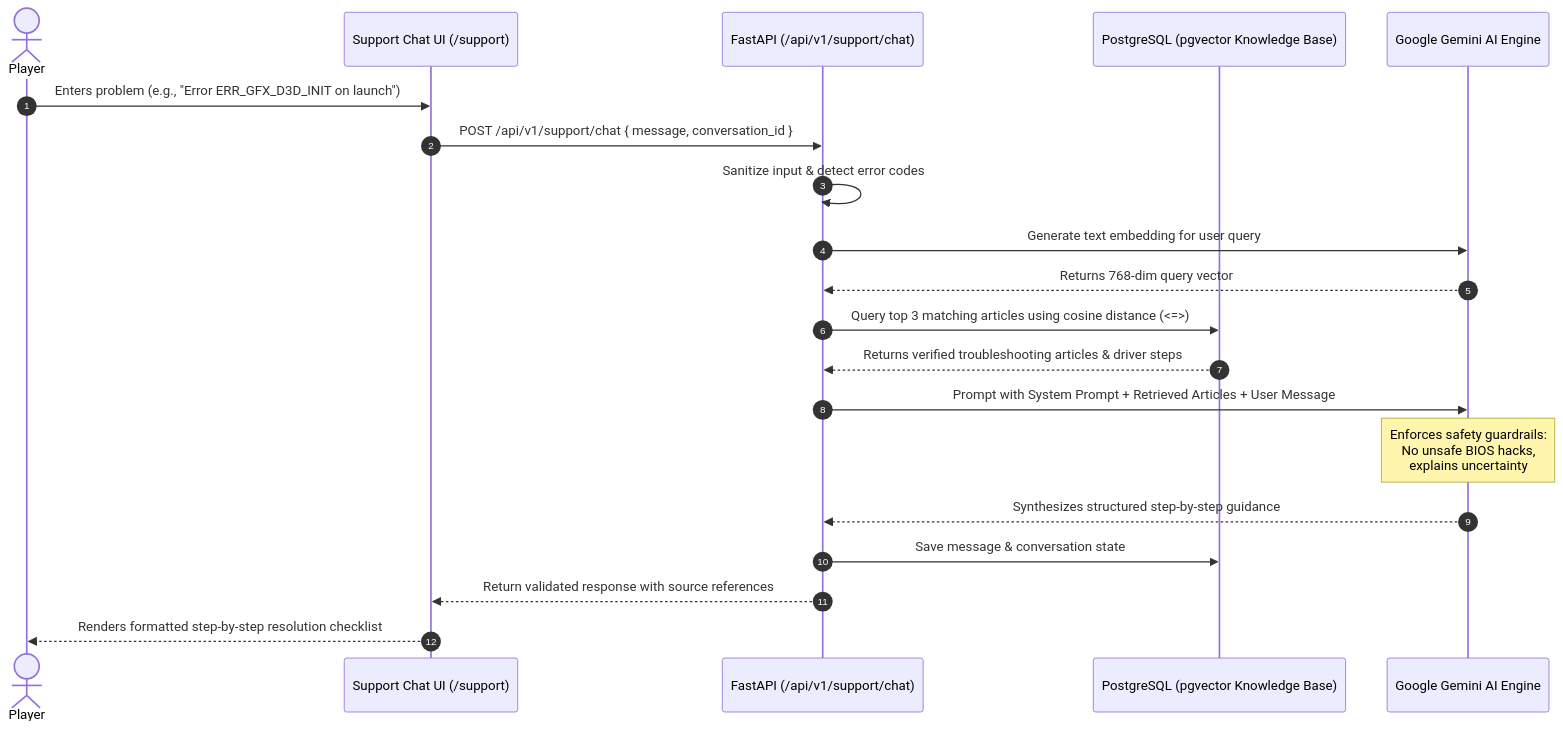
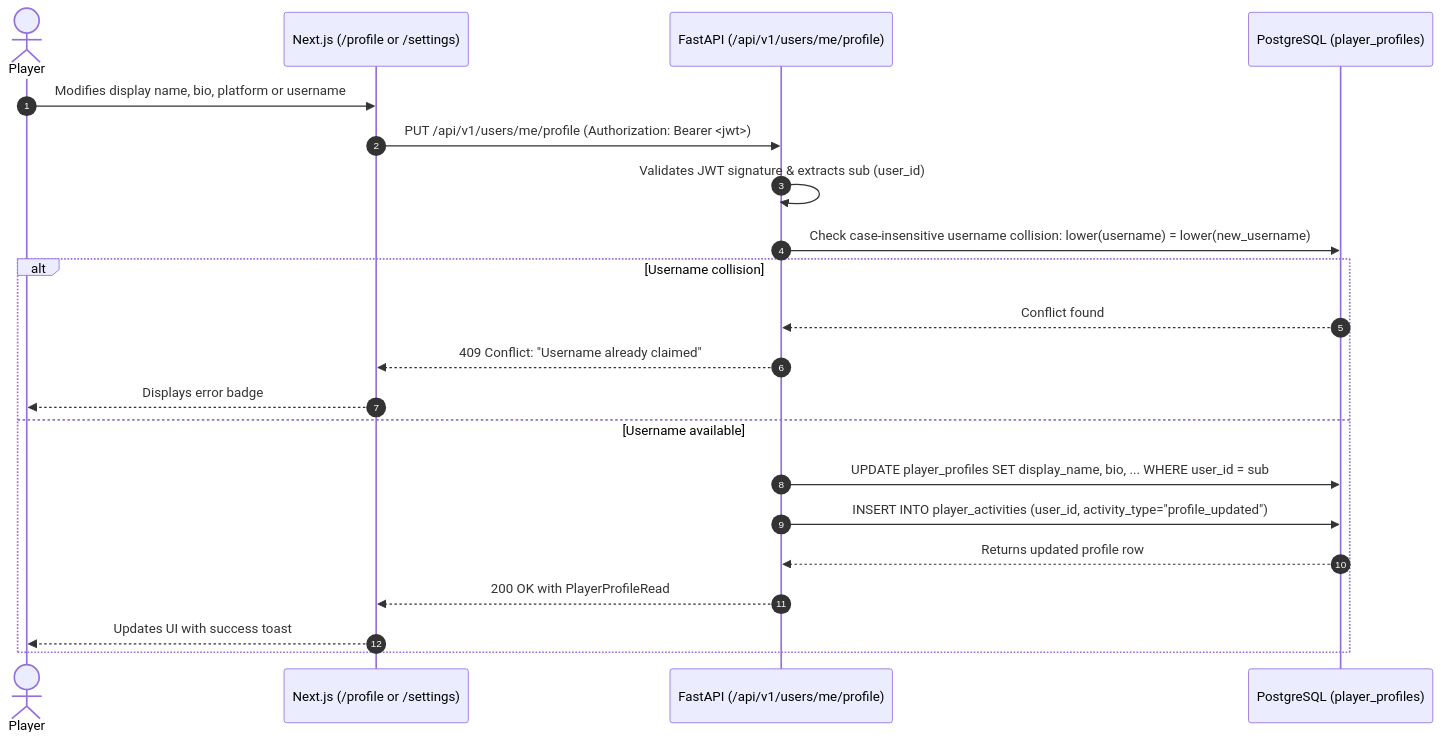
One commit to PranavShelar17/GTA6-Players-Hub changed the third of 3 diagrams in ARCHITECTURE.md. Above: the diagram before and after it, drawn with Mermaid. The commit also changed other lines of this file and 46 other files, not shown here.

Commit message:
feat: complete Phase 2 database architecture and player authentication

````diff
--- a/ARCHITECTURE.md
+++ b/ARCHITECTURE.md
@@ -121,23 +81,24 @@
 ```mermaid
 sequenceDiagram
     autonumber
     actor Player as Player
-    participant UI as Support Chat UI (/support)
-    participant API as FastAPI (/api/v1/support/chat)
-    participant PG as PostgreSQL (pgvector Knowledge Base)
-    participant Gemini as Google Gemini AI Engine
+    participant UI as Next.js (/profile or /settings)
+    participant API as FastAPI (/api/v1/users/me/profile)
+    participant DB as PostgreSQL (player_profiles)
 
-    Player->>UI: Enters problem (e.g., "Error ERR_GFX_D3D_INIT on launch")
-    UI->>API: POST /api/v1/support/chat { message, conversation_id }
-    API->>API: Sanitize input & detect error codes
-    API->>Gemini: Generate text embedding for user query
-    Gemini-->>API: Returns 768-dim query vector
-    API->>PG: Query top 3 matching articles using cosine distance (<=>)
-    PG-->>API: Returns verified troubleshooting articles & driver steps
-    API->>Gemini: Prompt with System Prompt + Retrieved Articles + User Message
-    Note over Gemini: Enforces safety guardrails:<br/>No unsafe BIOS hacks,<br/>explains uncertainty
-    Gemini-->>API: Synthesizes structured step-by-step guidance
-    API->>PG: Save message & conversation state
-    API-->>UI: Return validated response with source references
-    UI-->>Player: Renders formatted step-by-step resolution checklist
+    Player->>UI: Modifies display name, bio, platform or username
+    UI->>API: PUT /api/v1/users/me/profile (Authorization: Bearer <jwt>)
+    API->>API: Validates JWT signature & extracts sub (user_id)
+    API->>DB: Check case-insensitive username collision: lower(username) = lower(new_username)
+    alt Username collision
+        DB-->>API: Conflict found
+        API-->>UI: 409 Conflict: "Username already claimed"
+        UI-->>Player: Displays error badge
+    else Username available
+        API->>DB: UPDATE player_profiles SET display_name, bio, ... WHERE user_id = sub
+        API->>DB: INSERT INTO player_activities (user_id, activity_type="profile_updated")
+        DB-->>API: Returns updated profile row
+        API-->>UI: 200 OK with PlayerProfileRead
+        UI-->>Player: Updates UI with success toast
+    end
 ```
````
